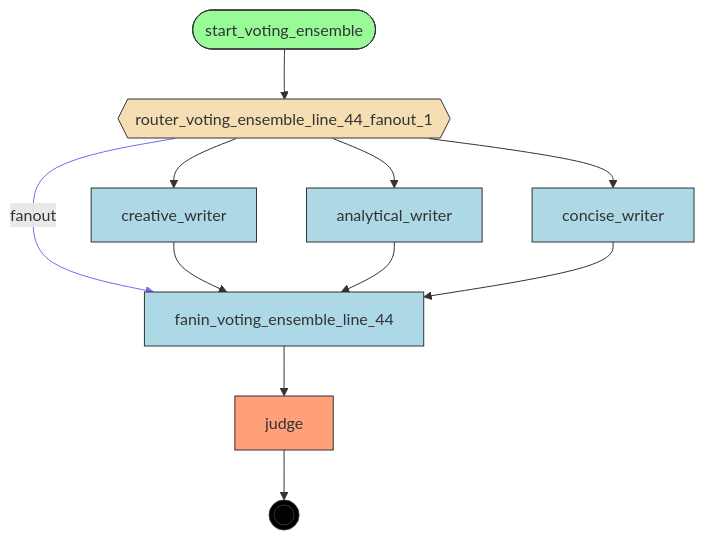
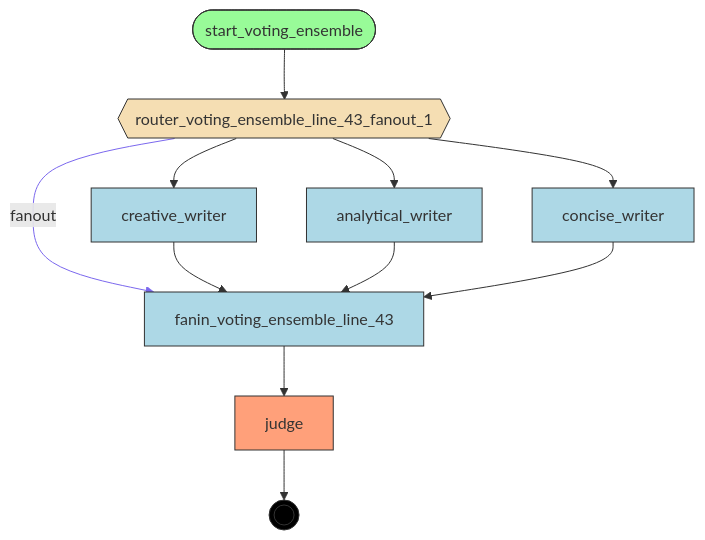
The diagram in examples/flows/agentic/compiled/voting_ensemble/flow.mmd (deliveryhero/asya), drawn with Mermaid before and after one commit. The commit also changed 1203 other files, not shown here.

```diff
--- a/examples/flows/agentic/compiled/voting_ensemble/flow.mmd
+++ b/examples/flows/agentic/compiled/voting_ensemble/flow.mmd
@@ -1,34 +1,34 @@
 flowchart TD
     %% Flow: voting_ensemble
 
     analytical_writer[analytical_writer]
     concise_writer[concise_writer]
     creative_writer[creative_writer]
-    fanin_voting_ensemble_line_44[fanin_voting_ensemble_line_44]
+    fanin_voting_ensemble_line_43[fanin_voting_ensemble_line_43]
     judge[judge]
-    router_voting_ensemble_line_44_fanout_1{{router_voting_ensemble_line_44_fanout_1}}
+    router_voting_ensemble_line_43_fanout_1{{router_voting_ensemble_line_43_fanout_1}}
     start_voting_ensemble([start_voting_ensemble])
     __end__((( )))
 
-    start_voting_ensemble --> router_voting_ensemble_line_44_fanout_1
-    router_voting_ensemble_line_44_fanout_1 -->|"fanout"| fanin_voting_ensemble_line_44
-    fanin_voting_ensemble_line_44 --> judge
-    router_voting_ensemble_line_44_fanout_1 --> creative_writer
-    creative_writer --> fanin_voting_ensemble_line_44
-    router_voting_ensemble_line_44_fanout_1 --> analytical_writer
-    analytical_writer --> fanin_voting_ensemble_line_44
-    router_voting_ensemble_line_44_fanout_1 --> concise_writer
-    concise_writer --> fanin_voting_ensemble_line_44
+    start_voting_ensemble --> router_voting_ensemble_line_43_fanout_1
+    router_voting_ensemble_line_43_fanout_1 -->|"fanout"| fanin_voting_ensemble_line_43
+    fanin_voting_ensemble_line_43 --> judge
+    router_voting_ensemble_line_43_fanout_1 --> creative_writer
+    creative_writer --> fanin_voting_ensemble_line_43
+    router_voting_ensemble_line_43_fanout_1 --> analytical_writer
+    analytical_writer --> fanin_voting_ensemble_line_43
+    router_voting_ensemble_line_43_fanout_1 --> concise_writer
+    concise_writer --> fanin_voting_ensemble_line_43
     judge --> __end__
 
     classDef start fill:#98FB98,stroke:#333
     classDef endnode fill:#FFA07A,stroke:#333
     classDef router fill:#F5DEB3,stroke:#333
     classDef handler fill:#ADD8E6,stroke:#333
     classDef endpoint fill:#000,stroke:#333,color:#fff
     class start_voting_ensemble start
     class judge endnode
-    class router_voting_ensemble_line_44_fanout_1 router
-    class analytical_writer,concise_writer,creative_writer,fanin_voting_ensemble_line_44 handler
+    class router_voting_ensemble_line_43_fanout_1 router
+    class analytical_writer,concise_writer,creative_writer,fanin_voting_ensemble_line_43 handler
     class __end__ endpoint
     linkStyle 1 stroke:#7B68EE
```
